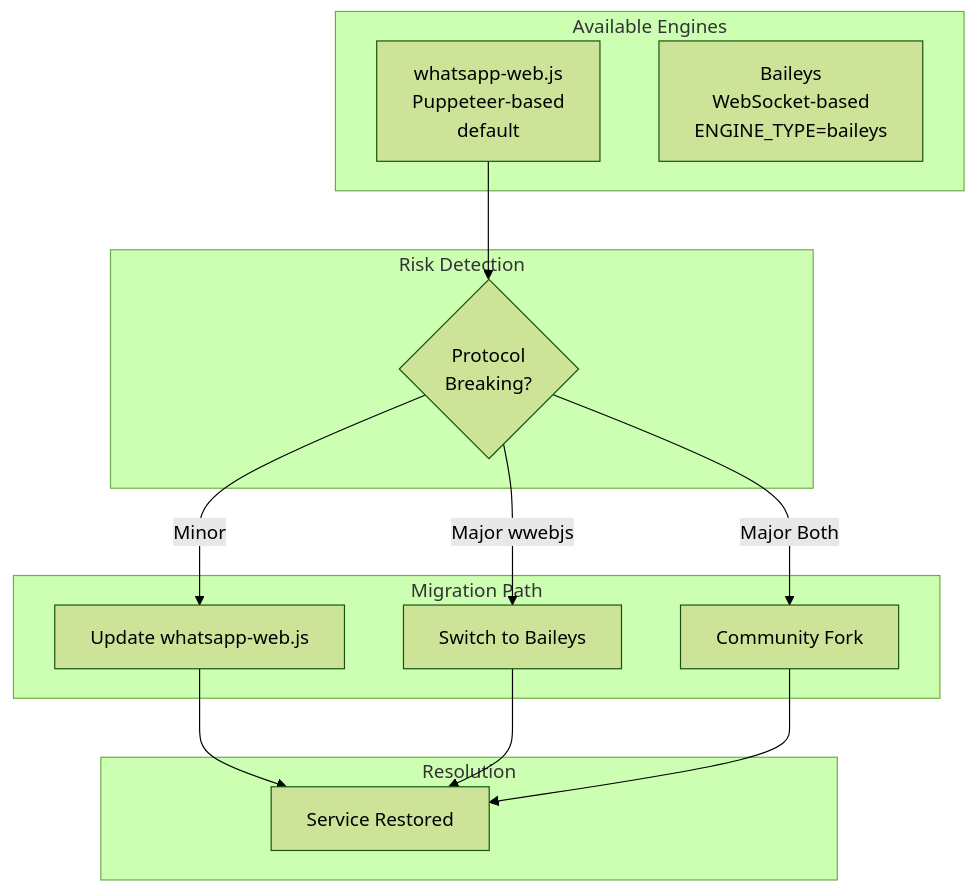
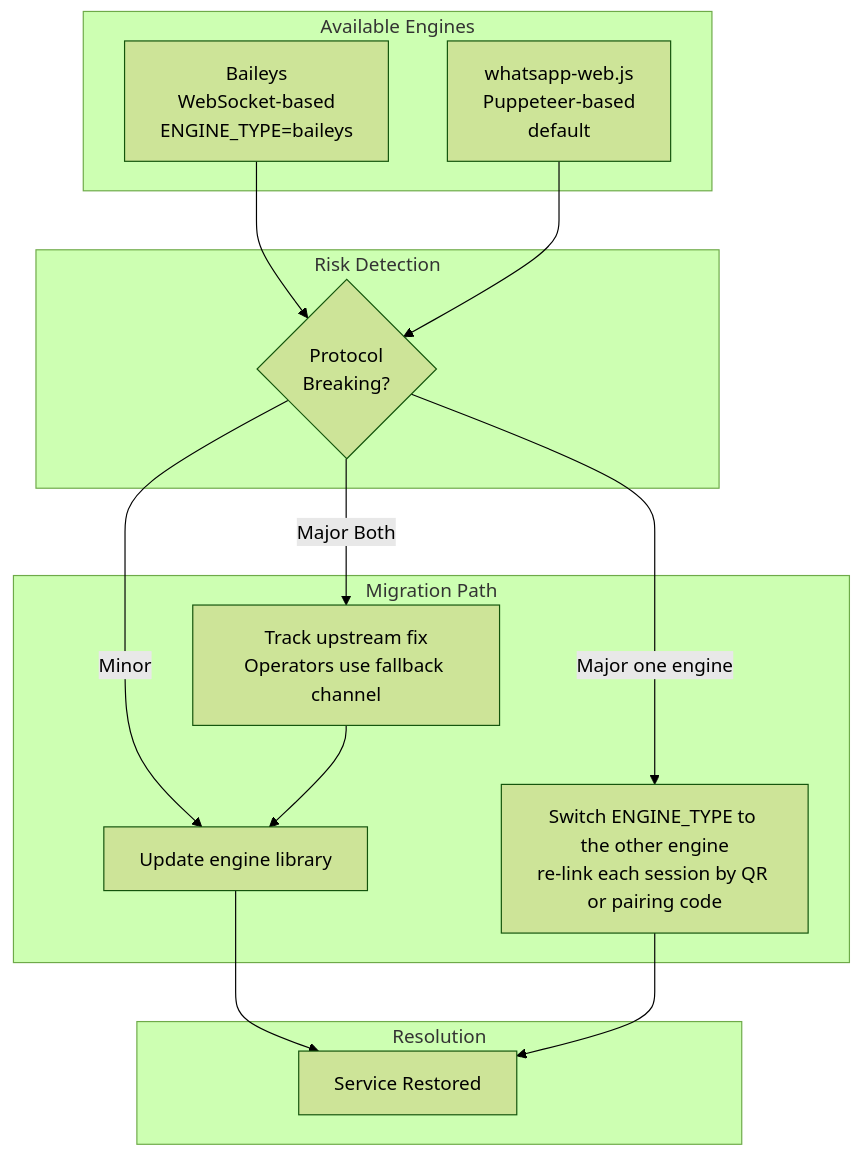
Before and after one commit to suryansh-business-work/duncit-all: diagram 22 of 24 in portals/crm/open-wa-server/docs/03-system-architecture.md, drawn with Mermaid (forest theme). The commit also changed other lines of this file and 2547 other files, not shown here.

````diff
--- a/portals/crm/open-wa-server/docs/03-system-architecture.md
+++ b/portals/crm/open-wa-server/docs/03-system-architecture.md
@@ -1180,26 +1230,27 @@
 ```mermaid
 flowchart TB
     subgraph Current["Available Engines"]
         A[whatsapp-web.js\nPuppeteer-based\ndefault]
         A2[Baileys\nWebSocket-based\nENGINE_TYPE=baileys]
     end
-    
+
     subgraph Risk["Risk Detection"]
         B{Protocol\nBreaking?}
     end
-    
+
     subgraph Migration["Migration Path"]
-        C[Update whatsapp-web.js]
-        D[Switch to Baileys]
-        E[Community Fork]
+        C[Update engine library]
+        D[Switch ENGINE_TYPE to the other engine\nre-link each session by QR or pairing code]
+        E[Track upstream fix\nOperators use fallback channel]
     end
-    
+
     subgraph Resolution["Resolution"]
         F[Service Restored]
     end
-    
+
+    A2 --> B
     A --> B
     B -->|Minor| C --> F
-    B -->|Major wwebjs| D --> F
-    B -->|Major Both| E --> F
+    B -->|Major one engine| D --> F
+    B -->|Major Both| E --> C
 ```
````
